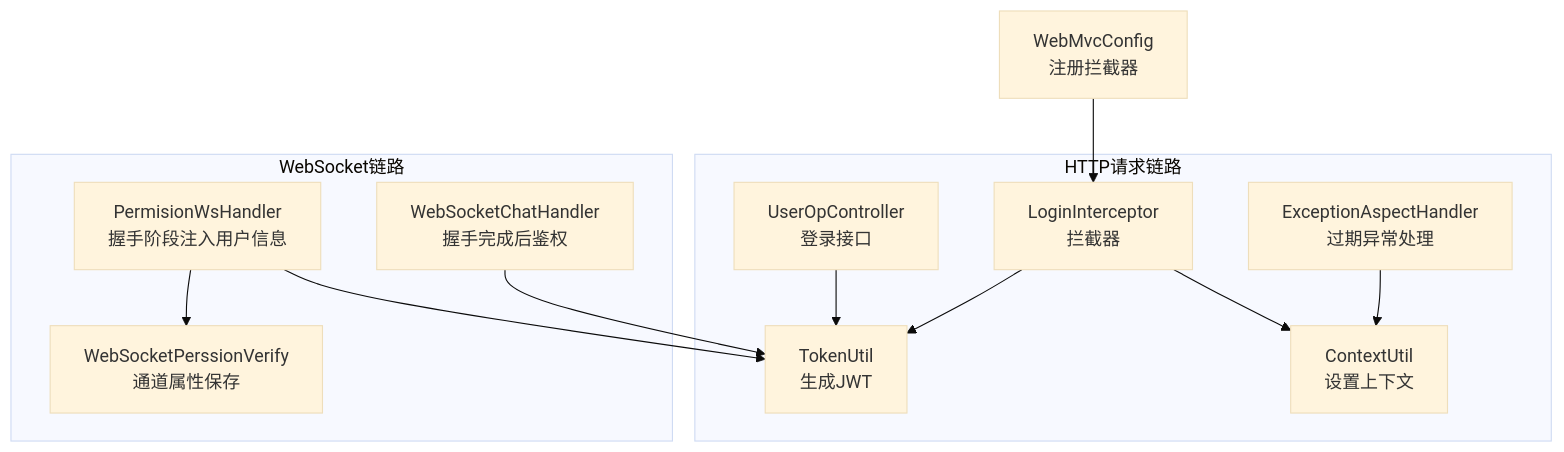
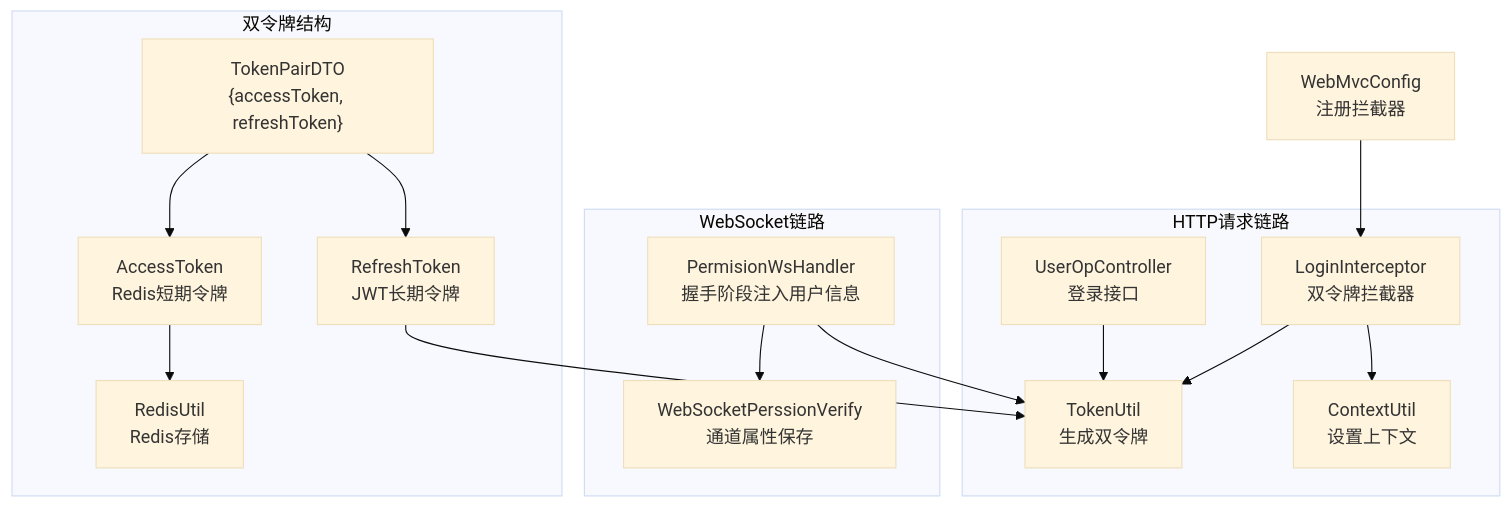
One commit to liftp/chat_simple changed the first of 10 diagrams in .qoder/repowiki/zh/content/安全与认证/JWT认证机制.md. Above: the diagram before and after it, drawn with Mermaid (base theme). The commit also changed other lines of this file and 6 other files, not shown here.

````diff
--- a/.qoder/repowiki/zh/content/安全与认证/JWT认证机制.md
+++ b/.qoder/repowiki/zh/content/安全与认证/JWT认证机制.md
@@ -49,15 +55,19 @@
 ```mermaid
 graph TB
 subgraph "HTTP请求链路"
-C["UserOpController<br/>登录接口"] --> TU["TokenUtil<br/>生成JWT"]
-LI["LoginInterceptor<br/>拦截器"] --> TU
+C["UserOpController<br/>登录接口"] --> TU["TokenUtil<br/>生成双令牌"]
+LI["LoginInterceptor<br/>双令牌拦截器"] --> TU
 LI --> CTX["ContextUtil<br/>设置上下文"]
-EAH["ExceptionAspectHandler<br/>过期异常处理"] --> CTX
+end
+subgraph "双令牌结构"
+TP["TokenPairDTO<br/>{accessToken, refreshToken}"] --> AT["AccessToken<br/>Redis短期令牌"]
+TP --> RT["RefreshToken<br/>JWT长期令牌"]
+AT --> RU["RedisUtil<br/>Redis存储"]
+RT --> TU
 end
 subgraph "WebSocket链路"
 PWH["PermisionWsHandler<br/>握手阶段注入用户信息"] --> TU
-WSH["WebSocketChatHandler<br/>握手完成后鉴权"] --> TU
 PWH --> WSV["WebSocketPerssionVerify<br/>通道属性保存"]
 end
 CFG["WebMvcConfig<br/>注册拦截器"] --> LI
 ```
````
